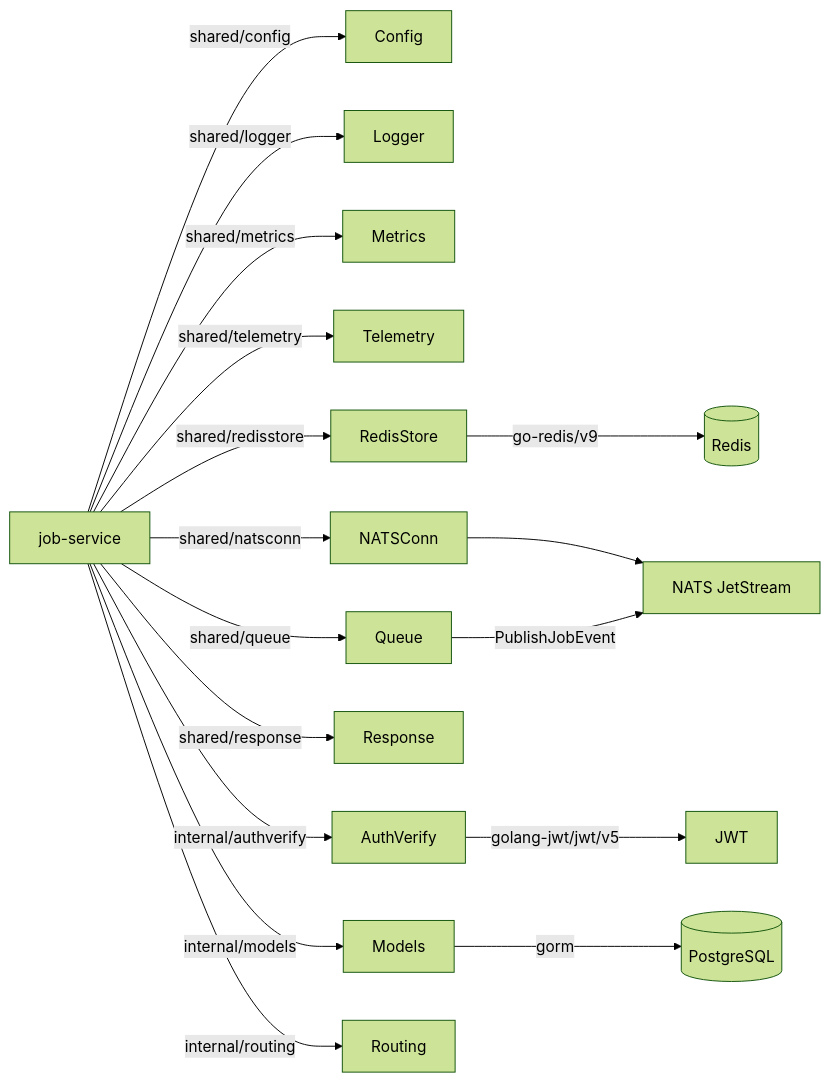
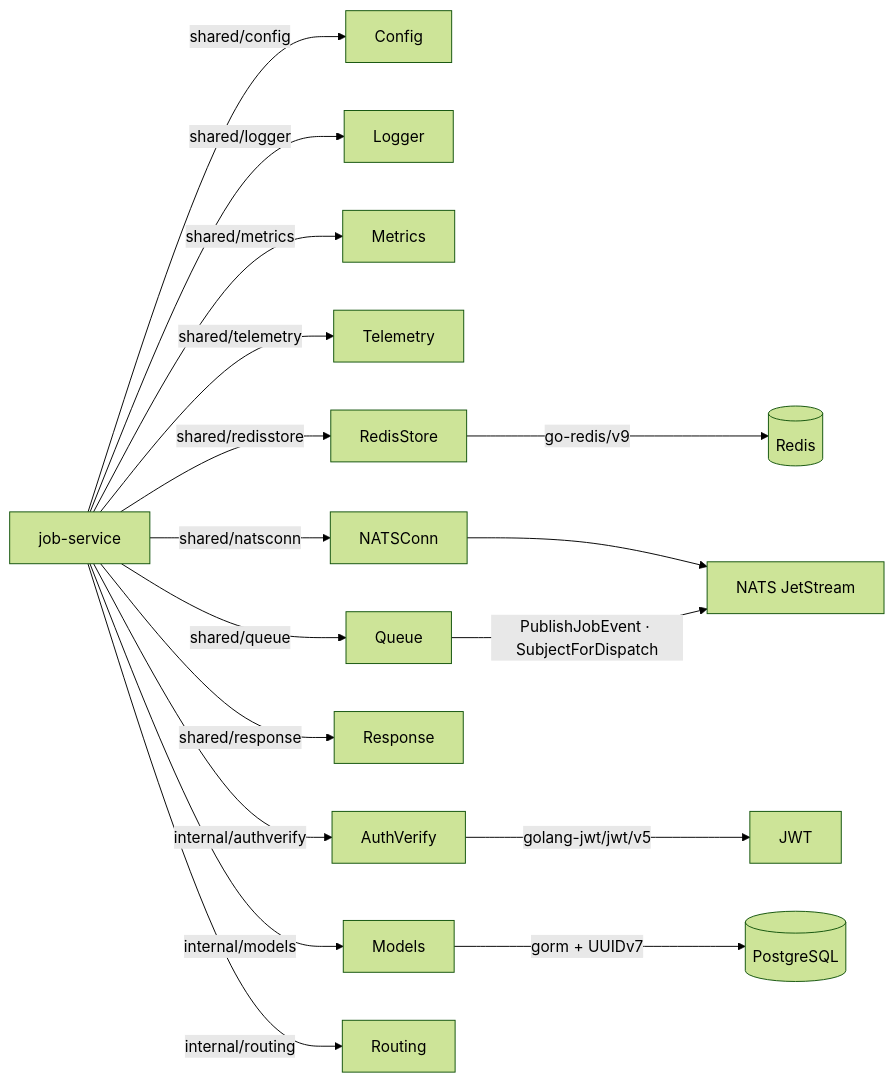
One commit to Prachidubey2003/fyredocs_backend changed the fifth of 5 diagrams in docs/developer/mermaid/service-job-service-architecture.md. Above: the diagram before and after it, drawn with Mermaid (forest theme). The commit also changed other lines of this file and 39 other files, not shown here.

Commit message:
Refactor PDF services to use NATS JetStream for job dispatch and event publishing; enhance documentation for OPTIMIZE_PDF and ORGANIZE_PDF services; remove deprecated UPLOAD_SERVICE documentation; update OpenAPI spec for improved clarity and accuracy.

````diff
--- a/docs/developer/mermaid/service-job-service-architecture.md
+++ b/docs/developer/mermaid/service-job-service-architecture.md
@@ -139,21 +207,21 @@
 ```mermaid
 graph LR
     JS[job-service] --> |shared/config| Config
     JS --> |shared/logger| Logger
     JS --> |shared/metrics| Metrics
     JS --> |shared/telemetry| Telemetry
     JS --> |shared/redisstore| RedisStore
     JS --> |shared/natsconn| NATSConn
     JS --> |shared/queue| Queue
     JS --> |shared/response| Response
 
     JS --> |internal/authverify| AuthVerify
     JS --> |internal/models| Models
     JS --> |internal/routing| Routing
 
-    Models --> |gorm| PG[(PostgreSQL)]
+    Models --> |gorm + UUIDv7| PG[(PostgreSQL)]
     RedisStore --> |go-redis/v9| Redis[(Redis)]
     NATSConn --> NATS["NATS JetStream"]
-    Queue --> |PublishJobEvent| NATS
+    Queue --> |PublishJobEvent · SubjectForDispatch| NATS
     AuthVerify --> |golang-jwt/jwt/v5| JWT
 ```
````
